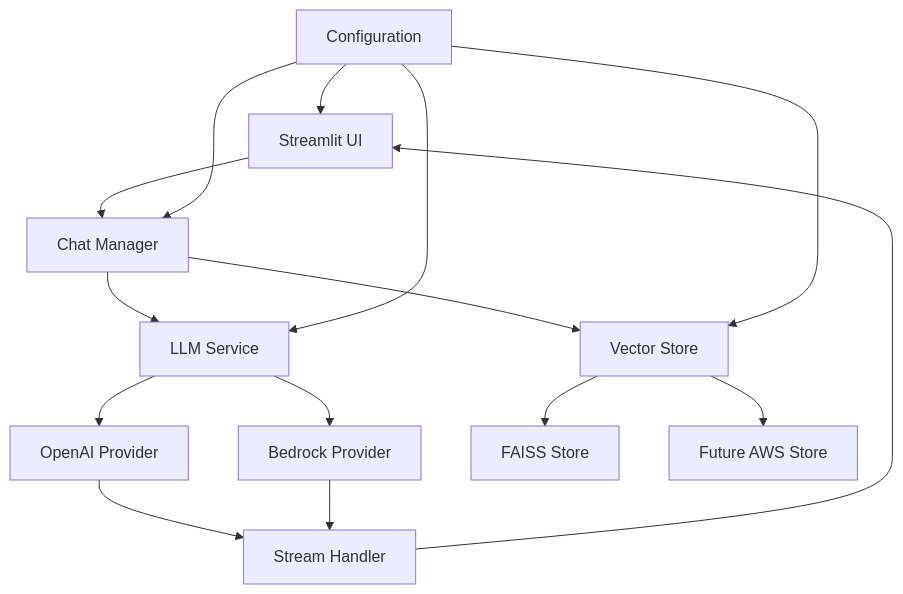
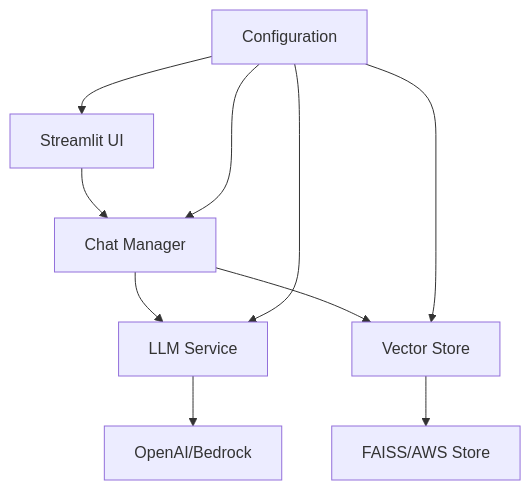
Before and after one commit to laialex501/lorechat-container: the first of 4 diagrams in memory-bank/systemPatterns.md, drawn with Mermaid. The commit also changed other lines of this file and 11 other files, not shown here.

````diff
--- a/memory-bank/systemPatterns.md
+++ b/memory-bank/systemPatterns.md
@@ -6,22 +6,14 @@
 ```mermaid
 graph TD
     A[Streamlit UI] --> B[Chat Manager]
     B --> C[LLM Service]
     B --> D[Vector Store]
     
-    C --> E[OpenAI Provider]
-    C --> F[Bedrock Provider]
+    C --> E[OpenAI/Bedrock]
+    D --> F[FAISS/AWS Store]
     
-    D --> G[FAISS Store]
-    D --> H[Future AWS Store]
-    
-    I[Configuration] --> A
-    I --> B
-    I --> C
-    I --> D
-
-    %% Streaming Flow
-    E --> J[Stream Handler]
-    F --> J
-    J --> A
+    G[Configuration] --> A
+    G --> B
+    G --> C
+    G --> D
 ```
````
